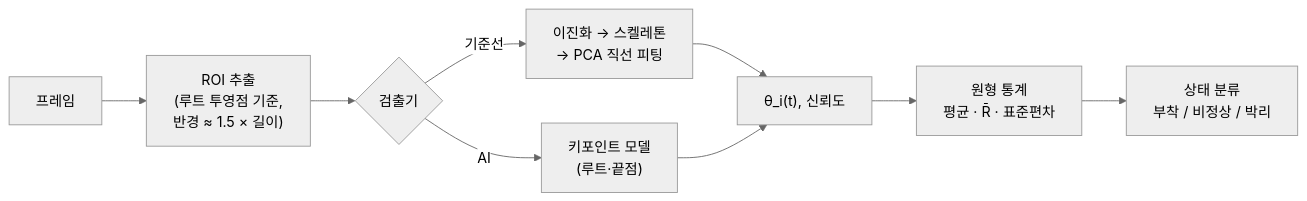
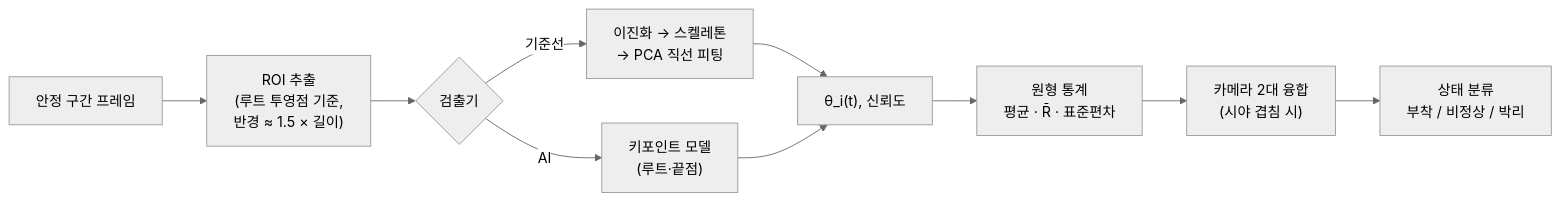
Before and after one commit to luminalaxis/PROJECT_VORTEX: the third of 3 diagrams in docs/DESIGN.md, drawn with Mermaid (neutral theme). The commit also changed other lines of this file and 1 other file, not shown here.

````diff
--- a/docs/DESIGN.md
+++ b/docs/DESIGN.md
@@ -233,11 +376,12 @@
 ```mermaid
 flowchart LR
-    F["프레임"] --> R["ROI 추출<br/>(루트 투영점 기준,<br/>반경 ≈ 1.5 × 길이)"]
+    F["안정 구간 프레임"] --> R["ROI 추출<br/>(루트 투영점 기준,<br/>반경 ≈ 1.5 × 길이)"]
     R --> D{"검출기"}
     D -->|기준선| CL["이진화 → 스켈레톤<br/>→ PCA 직선 피팅"]
     D -->|AI| DL["키포인트 모델<br/>(루트·끝점)"]
     CL --> TH["θ_i(t), 신뢰도"]
     DL --> TH
     TH --> ST["원형 통계<br/>평균 · R̄ · 표준편차"]
-    ST --> SC["상태 분류<br/>부착 / 비정상 / 박리"]
+    ST --> FU["카메라 2대 융합<br/>(시야 겹침 시)"]
+    FU --> SC["상태 분류<br/>부착 / 비정상 / 박리"]
 ```
````
